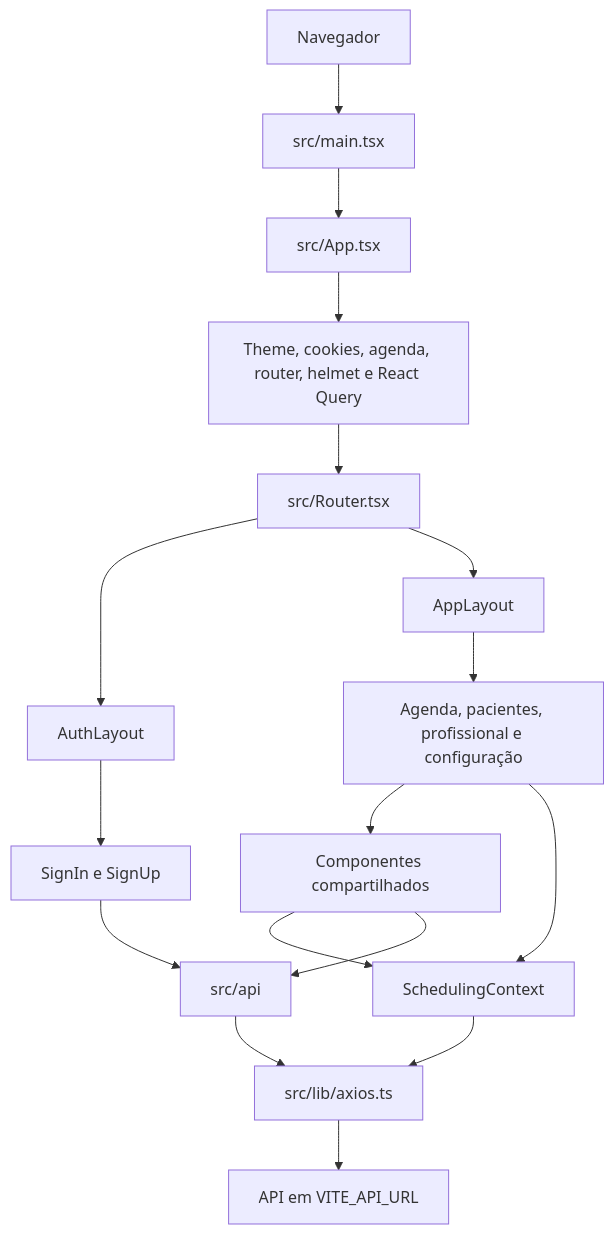
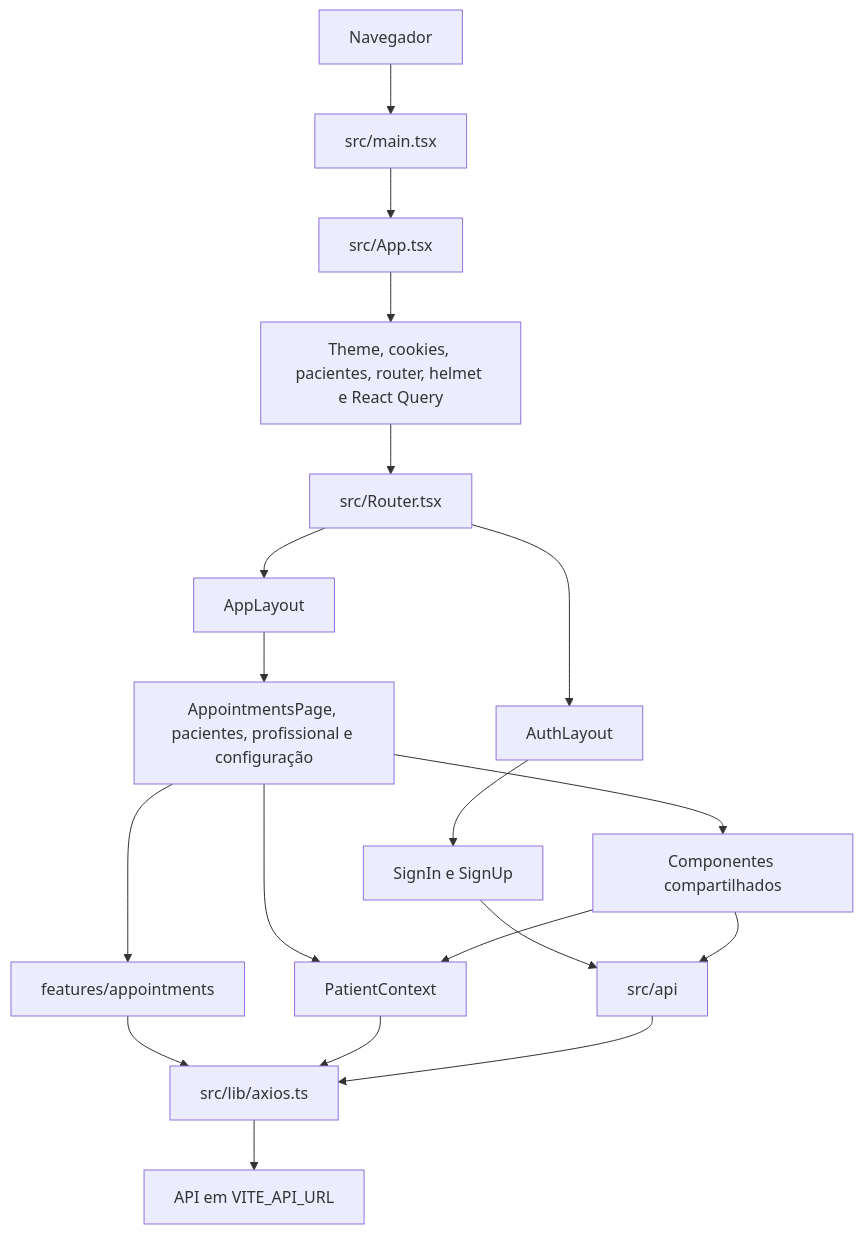
The diagram in docs/Arquitetura do Sistema.md (Abmaellf/agendamentos-smart), drawn with Mermaid before and after one commit. The commit also changed other lines of this file and 64 other files, not shown here.

````diff
--- a/docs/Arquitetura do Sistema.md
+++ b/docs/Arquitetura do Sistema.md
@@ -21,19 +21,21 @@
 ```mermaid
 flowchart TD
     Browser[Navegador] --> Main[src/main.tsx]
     Main --> App[src/App.tsx]
-    App --> Providers[Theme, cookies, agenda, router, helmet e React Query]
+    App --> Providers[Theme, cookies, pacientes, router, helmet e React Query]
     Providers --> Router[src/Router.tsx]
     Router --> AuthLayout[AuthLayout]
     Router --> AppLayout[AppLayout]
     AuthLayout --> AuthPages[SignIn e SignUp]
-    AppLayout --> Pages[Agenda, pacientes, profissional e configuração]
+    AppLayout --> Pages[AppointmentsPage, pacientes, profissional e configuração]
+    Pages --> AppointmentsFeature[features/appointments]
     Pages --> Components[Componentes compartilhados]
-    Pages --> SchedulingContext[SchedulingContext]
-    Components --> SchedulingContext
+    Pages --> PatientContext[PatientContext]
+    Components --> PatientContext
     AuthPages --> ApiFunctions[src/api]
     Components --> ApiFunctions
-    SchedulingContext --> Axios[src/lib/axios.ts]
+    AppointmentsFeature --> Axios[src/lib/axios.ts]
+    PatientContext --> Axios
     ApiFunctions --> Axios
     Axios --> ExternalApi[API em VITE_API_URL]
 ```
````
